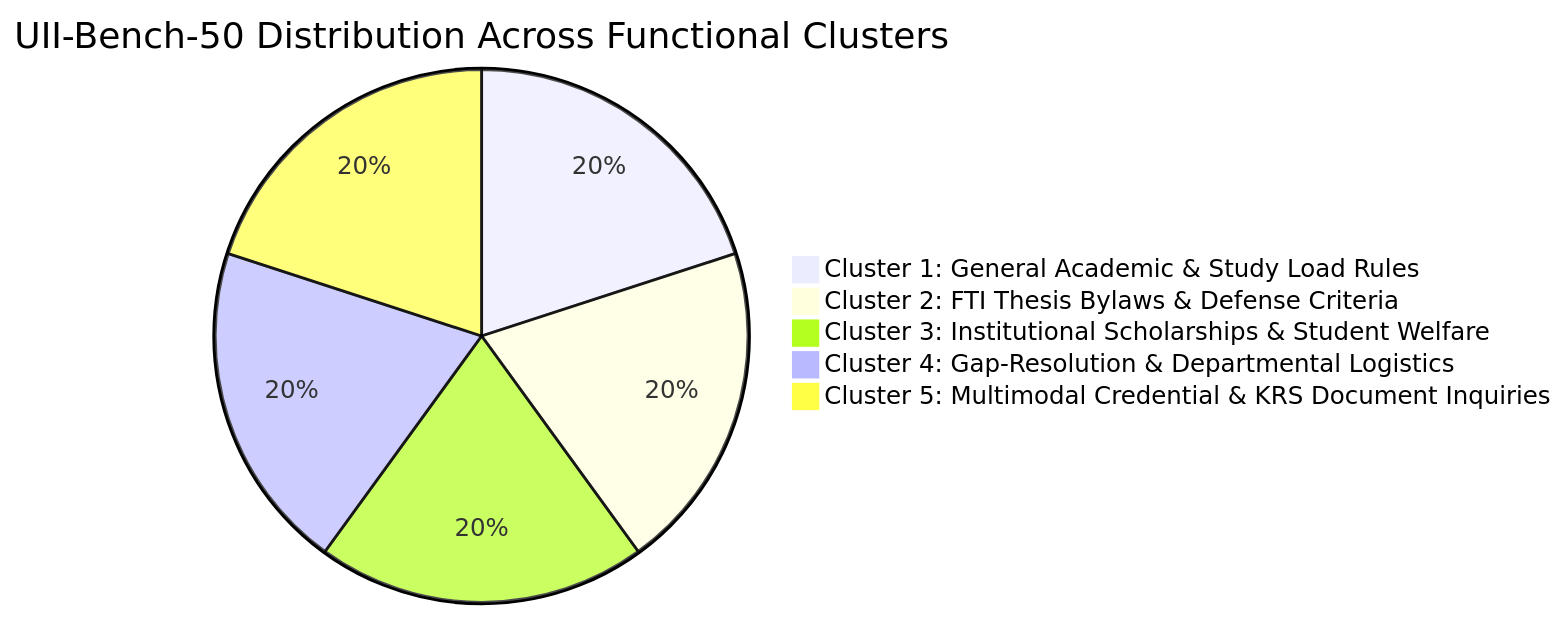
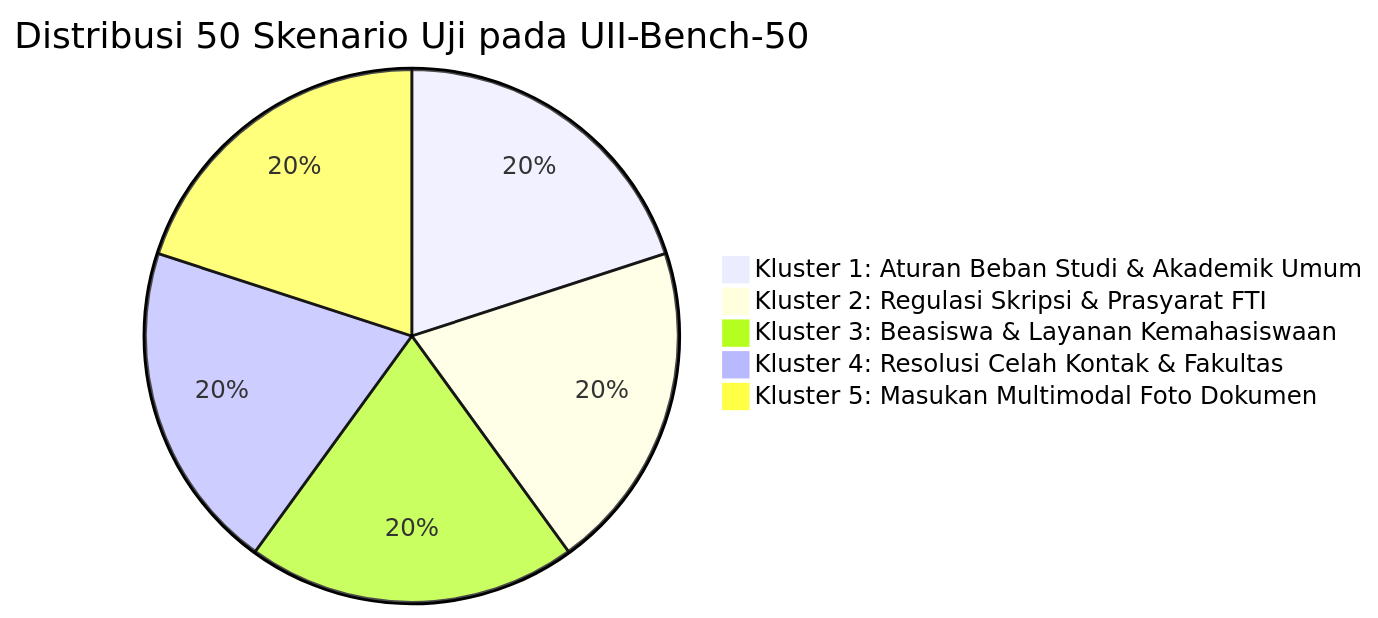
One commit to 848ill/IMUII-AI-RAG changed the third of 5 diagrams in PAPER_SCOPUS.md. Above: the diagram before and after it, drawn with Mermaid. The commit also changed other lines of this file and 1 other file, not shown here.

````diff
--- a/PAPER_SCOPUS.md
+++ b/PAPER_SCOPUS.md
@@ -171,8 +179,8 @@
 ```mermaid
-pie title UII-Bench-50 Distribution Across Functional Clusters
-    "Cluster 1: General Academic & Study Load Rules" : 10
-    "Cluster 2: FTI Thesis Bylaws & Defense Criteria" : 10
-    "Cluster 3: Institutional Scholarships & Student Welfare" : 10
-    "Cluster 4: Gap-Resolution & Departmental Logistics" : 10
-    "Cluster 5: Multimodal Credential & KRS Document Inquiries" : 10
+pie title Distribusi 50 Skenario Uji pada UII-Bench-50
+    "Kluster 1: Aturan Beban Studi & Akademik Umum" : 10
+    "Kluster 2: Regulasi Skripsi & Prasyarat FTI" : 10
+    "Kluster 3: Beasiswa & Layanan Kemahasiswaan" : 10
+    "Kluster 4: Resolusi Celah Kontak & Fakultas" : 10
+    "Kluster 5: Masukan Multimodal Foto Dokumen" : 10
 ```
````
